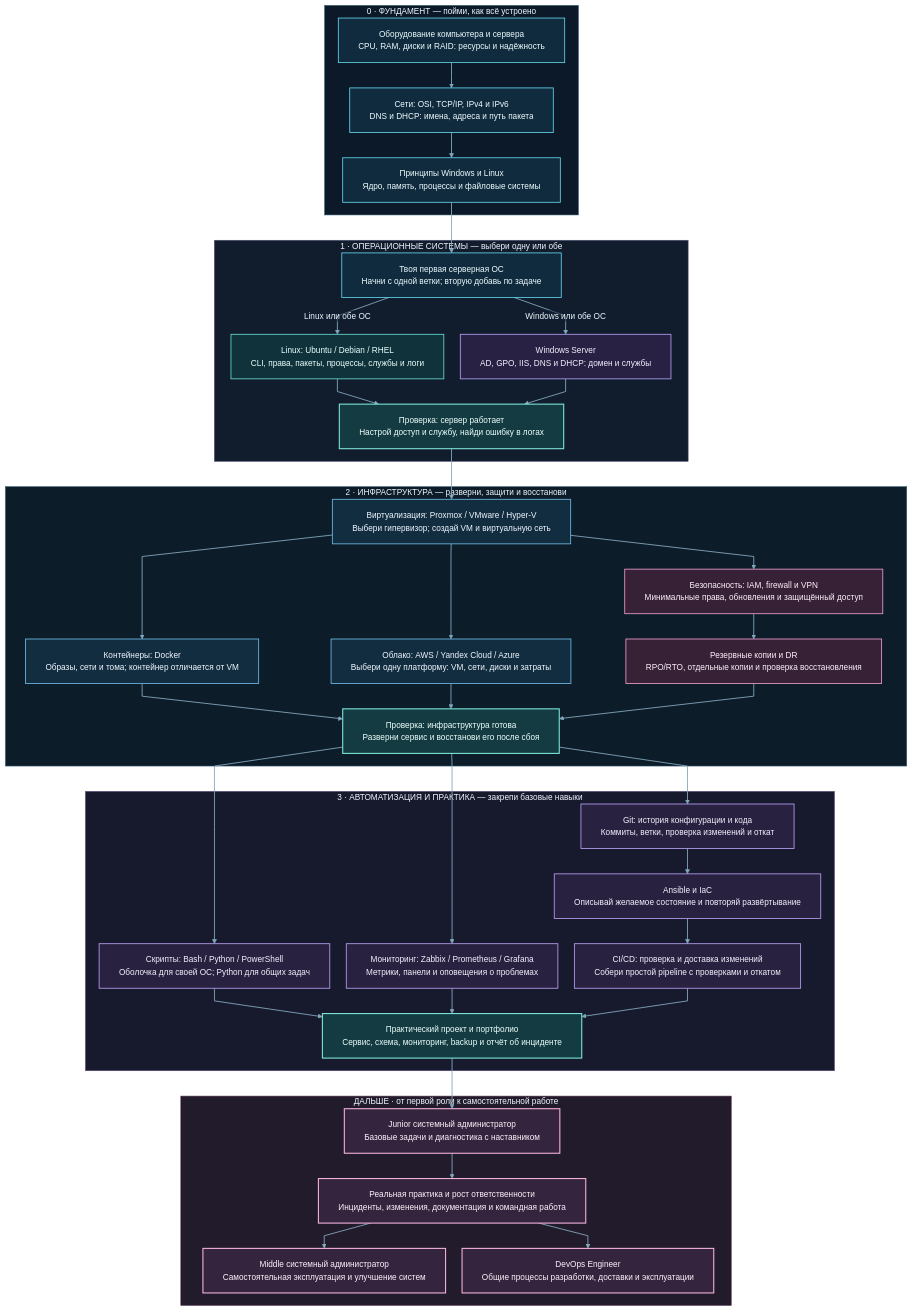
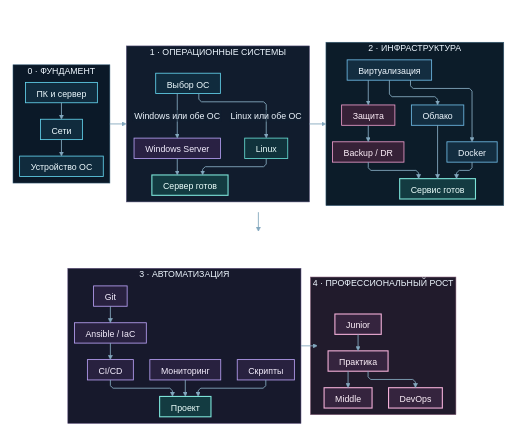
The diagram in docs/sysadmin-roadmap-2026.mmd (Nurlan-Bakenbaev/books-mysql), drawn with Mermaid before and after one commit. The commit also changed 31 other files, not shown here.

Commit message:
Add Network Engineer course and complete roadmap in navigation menu

```diff
--- a/docs/sysadmin-roadmap-2026.mmd
+++ b/docs/sysadmin-roadmap-2026.mmd
@@ -1,71 +1,76 @@
-%%{init: {"theme":"base","themeVariables":{"background":"#08111f","primaryTextColor":"#eef7ff","textColor":"#eef7ff","titleColor":"#eef7ff","lineColor":"#83a8be","fontFamily":"Inter, system-ui, sans-serif","fontSize":"15px","clusterBkg":"#0c1727","clusterBorder":"#35516b","edgeLabelBackground":"#101e30"},"flowchart":{"htmlLabels":false,"curve":"linear","nodeSpacing":30,"rankSpacing":46,"padding":18,"wrappingWidth":440}}}%%
+%%{init: {"theme":"base","layout":"elk","themeVariables":{"background":"#08111f","primaryTextColor":"#eef7ff","textColor":"#eef7ff","titleColor":"#eef7ff","lineColor":"#83a8be","fontFamily":"Inter, system-ui, sans-serif","fontSize":"16px","clusterBkg":"#0c1727","clusterBorder":"#35516b","edgeLabelBackground":"#101e30"},"flowchart":{"defaultRenderer":"elk","htmlLabels":false,"curve":"linear","nodeSpacing":14,"rankSpacing":24,"padding":10,"wrappingWidth":180},"htmlLabels":false}}%%
 flowchart TD
   accTitle: Карта обучения системного администратора 2026
-  accDescr: От оборудования, сетей и принципов ОС к Linux, Windows Server или обеим системам; далее инфраструктура, безопасность, автоматизация и практический проект. После первой роли Junior реальная практика ведёт к уровню Middle или специализации DevOps. Узлы открывают уроки и лабораторные работы сайта.
-  subgraph level0["0 · ФУНДАМЕНТ — пойми, как всё устроено"]
-    hardware["Оборудование компьютера и сервера<br/>CPU, RAM, диски и RAID: ресурсы и надёжность"]
-    network["Сети: OSI, TCP/IP, IPv4 и IPv6<br/>DNS и DHCP: имена, адреса и путь пакета"]
-    os_internals["Принципы Windows и Linux<br/>Ядро, память, процессы и файловые системы"]
-    hardware --> network --> os_internals
+  accDescr: Пять уровней: фундамент, Linux или Windows, инфраструктура, автоматизация и рост от Junior к Middle или DevOps. Первые три уровня находятся в верхнем ряду; после них переходите к нижнему ряду. Нажмите узел, чтобы открыть соответствующий урок.
+  subgraph row0[" "]
+    direction LR
+    subgraph level0["0 · ФУНДАМЕНТ"]
+      direction TD
+      hardware["ПК и сервер"]
+      network["Сети"]
+      os_internals["Устройство ОС"]
+      hardware --> network --> os_internals
+    end
+    subgraph level1["1 · ОПЕРАЦИОННЫЕ СИСТЕМЫ"]
+      direction TD
+      os_choice["Выбор ОС"]
+      linux["Linux"]
+      windows["Windows Server"]
+      os_ready["Сервер готов"]
+      os_choice -->|"Linux или обе ОС"| linux
+      os_choice -->|"Windows или обе ОС"| windows
+      linux --> os_ready
+      windows --> os_ready
+    end
+    subgraph level2["2 · ИНФРАСТРУКТУРА"]
+      direction TD
+      virtualization["Виртуализация"]
+      containers["Docker"]
+      cloud["Облако"]
+      security["Защита"]
+      backup_dr["Backup / DR"]
+      infra_ready["Сервис готов"]
+      virtualization --> containers
+      virtualization --> cloud
+      virtualization --> security
+      security --> backup_dr
+      containers --> infra_ready
+      cloud --> infra_ready
+      backup_dr --> infra_ready
+    end
+    level0 --> level1 --> level2
+  end
+  subgraph row1[" "]
+    direction LR
+    subgraph level3["3 · АВТОМАТИЗАЦИЯ"]
+      direction TD
+      scripts["Скрипты"]
+      monitoring["Мониторинг"]
+      git["Git"]
+      iac["Ansible / IaC"]
+      cicd["CI/CD"]
+      portfolio["Проект"]
+      git --> iac --> cicd
+      scripts --> portfolio
+      monitoring --> portfolio
+      cicd --> portfolio
+    end
+    subgraph career["4 · ПРОФЕССИОНАЛЬНЫЙ РОСТ"]
+      direction TD
+      junior["Junior"]
+      practice["Практика"]
+      middle["Middle"]
+      devops["DevOps"]
+      junior --> practice
+      practice --> middle
+      practice --> devops
+    end
+    level3 --> career
   end
 
-  subgraph level1["1 · ОПЕРАЦИОННЫЕ СИСТЕМЫ — выбери одну или обе"]
-    os_choice["Твоя первая серверная ОС<br/>Начни с одной ветки; вторую добавь по задаче"]
-    linux["Linux: Ubuntu / Debian / RHEL<br/>CLI, права, пакеты, процессы, службы и логи"]
-    windows["Windows Server<br/>AD, GPO, IIS, DNS и DHCP: домен и службы"]
-    os_ready["Проверка: сервер работает<br/>Настрой доступ и службу, найди ошибку в логах"]
-    os_choice -->|"Linux или обе ОС"| linux
-    os_choice -->|"Windows или обе ОС"| windows
-    linux --> os_ready
-    windows --> os_ready
-  end
-
-  subgraph level2["2 · ИНФРАСТРУКТУРА — разверни, защити и восстанови"]
-    virtualization["Виртуализация: Proxmox / VMware / Hyper-V<br/>Выбери гипервизор; создай VM и виртуальную сеть"]
-    containers["Контейнеры: Docker<br/>Образы, сети и тома; контейнер отличается от VM"]
-    cloud["Облако: AWS / Yandex Cloud / Azure<br/>Выбери одну платформу: VM, сети, диски и затраты"]
-    security["Безопасность: IAM, firewall и VPN<br/>Минимальные права, обновления и защищённый доступ"]
-    backup_dr["Резервные копии и DR<br/>RPO/RTO, отдельные копии и проверка восстановления"]
-    infra_ready["Проверка: инфраструктура готова<br/>Разверни сервис и восстанови его после сбоя"]
-    virtualization --> containers
-    virtualization --> cloud
-    virtualization --> security
-    security --> backup_dr
-    containers --> infra_ready
-    cloud --> infra_ready
-    backup_dr --> infra_ready
-  end
-
-  subgraph level3["3 · АВТОМАТИЗАЦИЯ И ПРАКТИКА — закрепи базовые навыки"]
-    scripts["Скрипты: Bash / Python / PowerShell<br/>Оболочка для своей ОС; Python для общих задач"]
-    monitoring["Мониторинг: Zabbix / Prometheus / Grafana<br/>Метрики, панели и оповещения о проблемах"]
-    git["Git: история конфигурации и кода<br/>Коммиты, ветки, проверка изменений и откат"]
-    iac["Ansible и IaC<br/>Описывай желаемое состояние и повторяй развёртывание"]
-    cicd["CI/CD: проверка и доставка изменений<br/>Собери простой pipeline с проверками и откатом"]
-    portfolio["Практический проект и портфолио<br/>Сервис, схема, мониторинг, backup и отчёт об инциденте"]
-    git --> iac --> cicd
-    scripts --> portfolio
-    monitoring --> portfolio
-    cicd --> portfolio
-  end
-
-  subgraph career["ДАЛЬШЕ · от первой роли к самостоятельной работе"]
-    junior["Junior системный администратор<br/>Базовые задачи и диагностика с наставником"]
-    practice["Реальная практика и рост ответственности<br/>Инциденты, изменения, документация и командная работа"]
-    middle["Middle системный администратор<br/>Самостоятельная эксплуатация и улучшение систем"]
-    devops["DevOps Engineer<br/>Общие процессы разработки, доставки и эксплуатации"]
-    junior --> practice
-    practice --> middle
-    practice --> devops
-  end
-
-  os_internals --> os_choice
-  os_ready --> virtualization
-  infra_ready --> scripts
-  infra_ready --> monitoring
-  infra_ready --> git
-  portfolio --> junior
-
+  row0 --> row1
+  style row0 fill:transparent,stroke:transparent
+  style row1 fill:transparent,stroke:transparent
   classDef foundation fill:#102b3d,stroke:#64d4ee,color:#eefbff,stroke-width:1.5px
   classDef linuxTrack fill:#10323b,stroke:#67ded4,color:#eafffc,stroke-width:1.5px
   classDef windowsTrack fill:#292143,stroke:#b6a0f5,color:#f5efff,stroke-width:1.5px
@@ -89,26 +94,51 @@
   style career fill:#211b2c,stroke:#78506c,color:#ffd8ef
   linkStyle default stroke:#83a8be,stroke-width:1.6px
 
-  click hardware href "?lesson=ct-computer-architecture" "Изучить оборудование" _self
-  click network href "?lesson=network-models" "Изучить основы сетей" _self
-  click os_internals href "?lesson=ct-os-internals" "Изучить устройство ОС" _self
-  click os_choice href "?view=roadmap" "Открыть учебные направления" _self
-  click linux href "?lesson=linux-basics" "Начать Linux" _self
-  click windows href "?lesson=server-deployment" "Начать Windows Server" _self
-  click os_ready href "?view=labs" "Проверить навыки в лаборатории" _self
-  click virtualization href "?lesson=virtualization" "Создать виртуальную лабораторию" _self
-  click containers href "?lesson=devops-basics" "Изучить Docker" _self
-  click cloud href "?lesson=cloud-foundations" "Изучить основы облака" _self
-  click security href "?lesson=zero-trust" "Изучить принципы доступа" _self
-  click backup_dr href "?lesson=backup-dr" "Проверить резервирование и DR" _self
-  click infra_ready href "?view=labs" "Открыть практические работы" _self
-  click scripts href "?lesson=bash" "Начать автоматизацию скриптами" _self
-  click monitoring href "?lesson=operations-monitoring" "Изучить мониторинг" _self
-  click git href "?lesson=devops-basics" "Изучить Git" _self
-  click iac href "?lesson=ansible-iac" "Изучить Ansible и IaC" _self
-  click cicd href "?lesson=devops-basics" "Изучить CI/CD" _self
-  click portfolio href "?lesson=incident-portfolio" "Собрать итоговый проект" _self
-  click junior href "?view=labs" "Закрепить базовые навыки" _self
-  click practice href "?lesson=incident-portfolio" "Отработать инцидент и документацию" _self
-  click middle href "?view=roadmap" "Выбрать навыки для дальнейшего роста" _self
-  click devops href "?lesson=ansible-iac" "Продолжить изучение автоматизации" _self
+  click hardware href "?lesson=ct-computer-architecture" "Оборудование компьютера и сервера: CPU, RAM, диски и RAID: ресурсы и надёжность." _self
+  click network href "?lesson=network-models" "Сети: OSI, TCP/IP, IPv4 и IPv6: DNS и DHCP: имена, адреса и путь пакета." _self
+  click os_internals href "?lesson=ct-os-internals" "Принципы Windows и Linux: Ядро, память, процессы и файловые системы." _self
+  click os_choice href "?view=roadmap" "Твоя первая серверная ОС: Начни с одной ветки; вторую добавь по задаче." _self
+  click linux href "?lesson=linux-basics" "Linux: Ubuntu / Debian / RHEL: CLI, права, пакеты, процессы, службы и логи." _self
+  click windows href "?lesson=server-deployment" "Windows Server: AD, GPO, IIS, DNS и DHCP: домен и службы." _self
+  click os_ready href "?view=labs" "Проверка: сервер работает: Настрой доступ и службу, найди ошибку в логах." _self
+  click virtualization href "?lesson=virtualization" "Виртуализация: Proxmox / VMware / Hyper-V: Выбери гипервизор; создай VM и виртуальную сеть." _self
+  click containers href "?lesson=devops-basics" "Контейнеры: Docker: Образы, сети и тома; контейнер отличается от VM." _self
+  click cloud href "?lesson=cloud-foundations" "Облако: AWS / Yandex Cloud / Azure: Выбери одну платформу: VM, сети, диски и затраты." _self
+  click security href "?lesson=zero-trust" "Безопасность: IAM, firewall и VPN: Минимальные права, обновления и защищённый доступ." _self
+  click backup_dr href "?lesson=backup-dr" "Резервные копии и DR: RPO/RTO, отдельные копии и проверка восстановления." _self
+  click infra_ready href "?view=labs" "Проверка: инфраструктура готова: Разверни сервис и восстанови его после сбоя." _self
+  click scripts href "?lesson=bash" "Скрипты: Bash / Python / PowerShell: Оболочка для своей ОС; Python для общих задач." _self
+  click monitoring href "?lesson=operations-monitoring" "Мониторинг: Zabbix / Prometheus / Grafana: Метрики, панели и оповещения о проблемах." _self
+  click git href "?lesson=devops-basics" "Git: история конфигурации и кода: Коммиты, ветки, проверка изменений и откат." _self
+  click iac href "?lesson=ansible-iac" "Ansible и IaC: Описывай желаемое состояние и повторяй развёртывание." _self
+  click cicd href "?lesson=devops-basics" "CI/CD: проверка и доставка изменений: Собери простой pipeline с проверками и откатом." _self
+  click portfolio href "?lesson=incident-portfolio" "Практический проект и портфолио: Сервис, схема, мониторинг, backup и отчёт об инциденте." _self
+  click junior href "?view=labs" "Junior системный администратор: Базовые задачи и диагностика с наставником." _self
+  click practice href "?lesson=incident-portfolio" "Реальная практика и рост ответственности: Инциденты, изменения, документация и командная работа." _self
+  click middle href "?view=roadmap" "Middle системный администратор: Самостоятельная эксплуатация и улучшение систем." _self
+  click devops href "?lesson=ansible-iac" "DevOps Engineer: Общие процессы разработки, доставки и эксплуатации." _self
+
+  %% Пояснения к узлам: подробные темы сохраняются рядом с краткими подписями.
+  %% hardware: ПК и сервер — CPU · RAM · диски · RAID
+  %% network: Основы сетей — OSI · TCP/IP · IPv4/IPv6 · DNS · DHCP
+  %% os_internals: Как работает ОС — Windows / Linux · процессы · память
+  %% os_choice: Выбери серверную ОС — Одна ветка или обе
+  %% linux: Linux: Ubuntu / Debian / RHEL — CLI · права · службы · логи
+  %% windows: Windows Server — AD · GPO · IIS · DNS · DHCP
+  %% os_ready: Сервер готов — Доступ · служба · диагностика
+  %% virtualization: Виртуализация — Proxmox · VMware · Hyper-V
+  %% containers: Docker — Образы · сети · тома
+  %% cloud: Облако: выбери одно — AWS · Yandex Cloud · Azure
+  %% security: Безопасность — IAM · firewall · VPN
+  %% backup_dr: Резервные копии и DR — RPO/RTO · тест восстановления
+  %% infra_ready: Инфраструктура готова — Сервис · защита · восстановление
+  %% scripts: Скрипты — Bash · Python · PowerShell
+  %% monitoring: Мониторинг — Zabbix · Prometheus · Grafana
+  %% git: Git — История · ветки · откат
+  %% iac: Ansible и IaC — Повторяемая конфигурация
+  %% cicd: CI/CD — Проверка · доставка · откат
+  %% portfolio: Проект в портфолио — Сервис · мониторинг · backup
+  %% junior: Junior Sysadmin — Задачи с наставником
+  %% practice: Работающая инфраструктура — Инциденты · изменения · команда
+  %% middle: Middle Sysadmin — Самостоятельная эксплуатация
+  %% devops: DevOps Engineer — Разработка · доставка · эксплуатация
```
